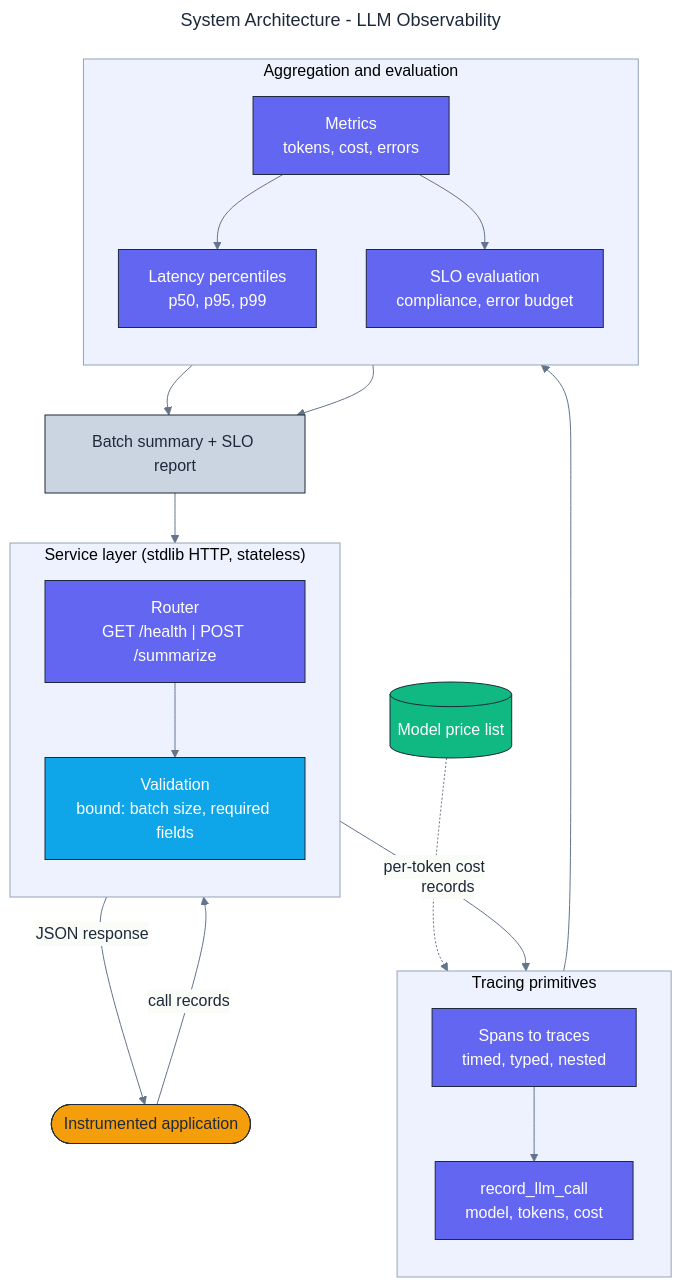
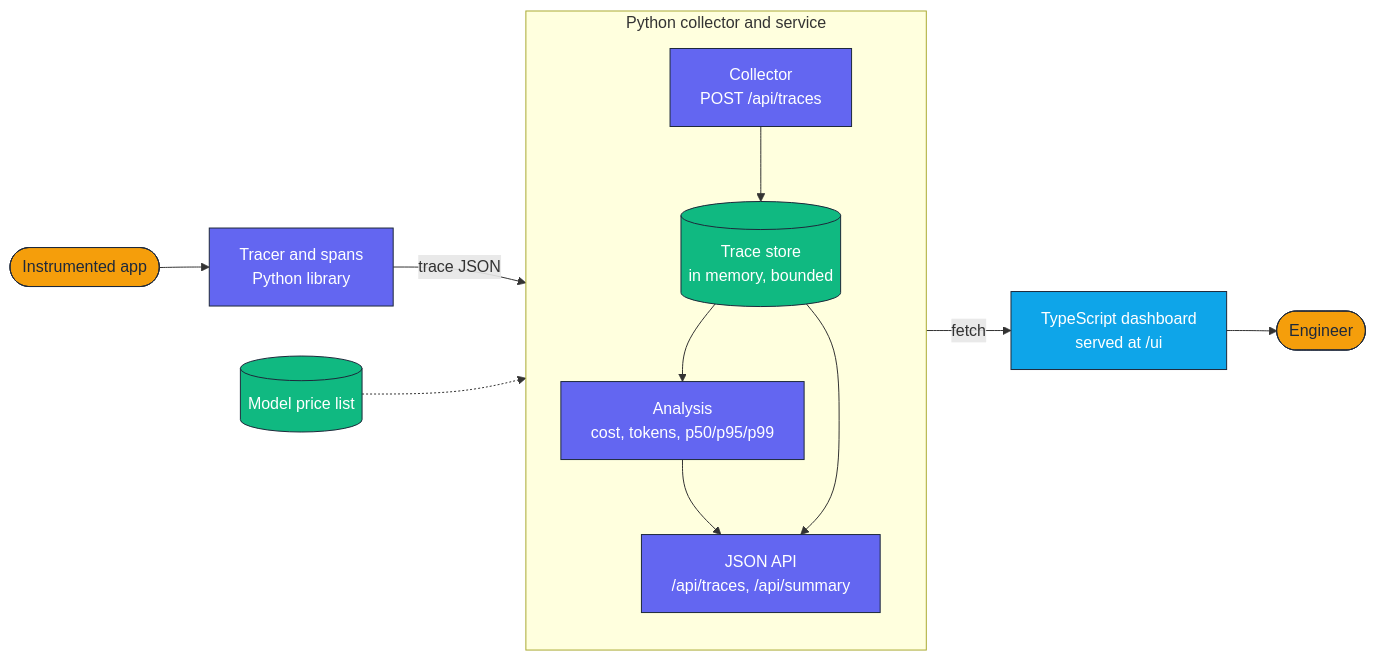
Before and after one commit to adeoluo/llm-observability: the diagram in docs/architecture/architecture.mmd, drawn with Mermaid. The commit also changed 50 other files, not shown here.

First line of the commit message:
feat: add TypeScript trace dashboard and trace collection API (#1)

```diff
--- a/docs/architecture/architecture.mmd
+++ b/docs/architecture/architecture.mmd
@@ -1,53 +1,26 @@
----
-title: System Architecture - LLM Observability
-config:
-  theme: base
-  themeVariables:
-    fontFamily: "Inter, system-ui, sans-serif"
-    primaryColor: "#F8FAFC"
-    primaryBorderColor: "#1E293B"
-    primaryTextColor: "#1E293B"
-    lineColor: "#64748B"
-    clusterBkg: "#EEF2FF"
-    clusterBorder: "#94A3B8"
----
-flowchart TB
+flowchart LR
     classDef edge     fill:#F59E0B,stroke:#1E293B,color:#1E293B,stroke-width:1px;
     classDef core     fill:#6366F1,stroke:#1E293B,color:#ffffff,stroke-width:1px;
     classDef data     fill:#10B981,stroke:#1E293B,color:#ffffff,stroke-width:1px;
-    classDef control  fill:#0EA5E9,stroke:#1E293B,color:#ffffff,stroke-width:1px;
-    classDef obs      fill:#CBD5E1,stroke:#1E293B,color:#1E293B,stroke-width:1px;
+    classDef web      fill:#0EA5E9,stroke:#1E293B,color:#ffffff,stroke-width:1px;
 
-    Client([Instrumented application]):::edge
+    App(["Instrumented app"]):::edge
+    Tracer["Tracer and spans<br/>Python library"]:::core
 
-    subgraph Edge["Service layer (stdlib HTTP, stateless)"]
+    subgraph Service["Python collector and service"]
         direction TB
-        Router["Router<br/>GET /health | POST /summarize"]:::core
-        Validate["Validation<br/>bound: batch size, required fields"]:::control
+        Collector["Collector<br/>POST /api/traces"]:::core
+        Store[("Trace store<br/>in memory, bounded")]:::data
+        Analysis["Analysis<br/>cost, tokens, p50/p95/p99"]:::core
+        Api["JSON API<br/>/api/traces, /api/summary"]:::core
     end
 
-    subgraph Tracing["Tracing primitives"]
-        direction TB
-        Spans["Spans to traces<br/>timed, typed, nested"]:::core
-        Record["record_llm_call<br/>model, tokens, cost"]:::core
-    end
+    Prices[("Model price list")]:::data
+    Dashboard["TypeScript dashboard<br/>served at /ui"]:::web
+    User(["Engineer"]):::edge
 
-    subgraph Analyze["Aggregation and evaluation"]
-        direction TB
-        Metrics["Metrics<br/>tokens, cost, errors"]:::core
-        Percentiles["Latency percentiles<br/>p50, p95, p99"]:::core
-        Slo["SLO evaluation<br/>compliance, error budget"]:::core
-    end
-
-    Prices[(Model price list)]:::data
-    Report["Batch summary + SLO report"]:::obs
-
-    Client -->|call records| Router --> Validate
-    Validate -->|records| Spans --> Record
-    Prices -.->|per-token cost| Record
-    Record --> Metrics
-    Metrics --> Percentiles
-    Metrics --> Slo
-    Percentiles --> Report
-    Slo --> Report
-    Report --> Router -->|JSON response| Client
+    App --> Tracer -->|trace JSON| Collector --> Store
+    Prices -.-> Analysis
+    Store --> Analysis --> Api
+    Store --> Api
+    Api -->|fetch| Dashboard --> User
```
